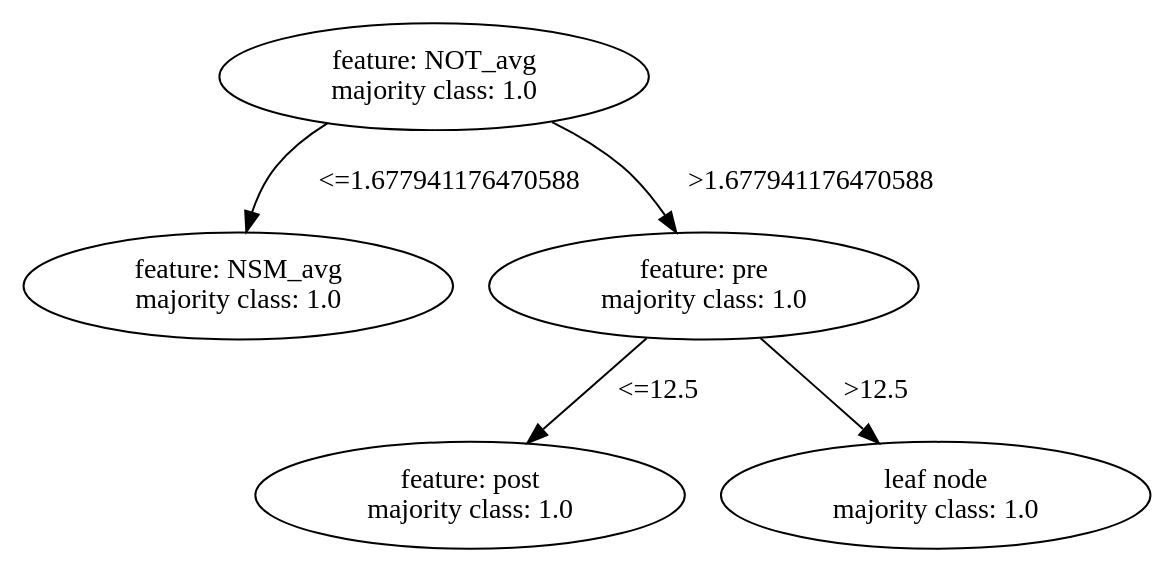
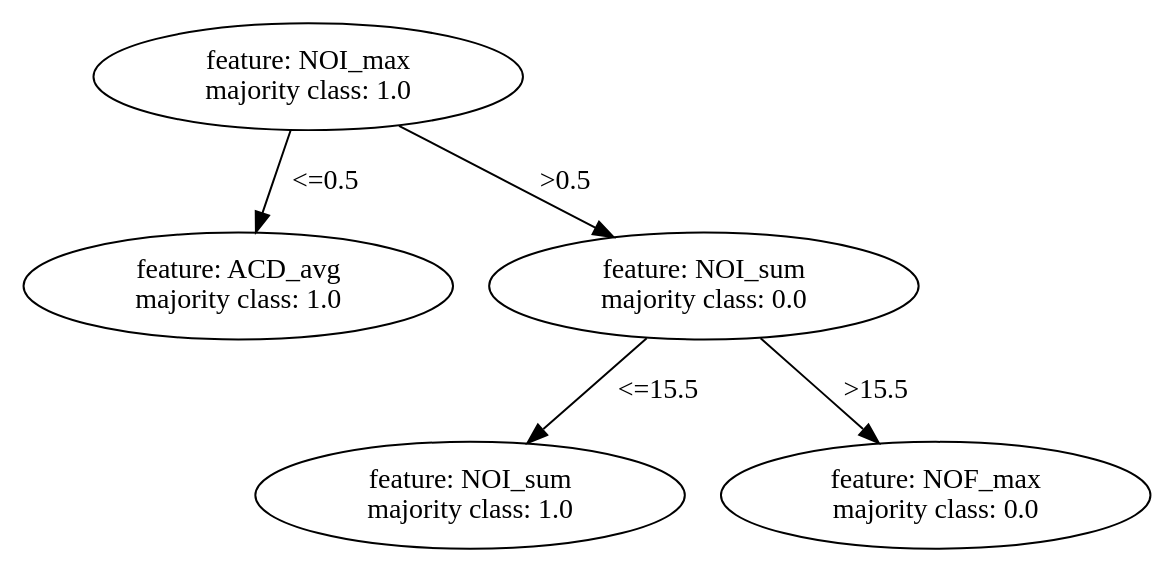
The diagram in doctest-output/Digraph.gv (ThierryOrth/data_mining_assignment_1), drawn with Graphviz before and after one commit. The commit also changed 8 other files, not shown here.

```diff
--- a/doctest-output/Digraph.gv
+++ b/doctest-output/Digraph.gv
@@ -1,17 +1,17 @@
 // first two splits classification tree
 digraph {
-	A [label="feature: NOT_avg 
+	A [label="feature: NOI_max 
  majority class: 1.0"]
-	B [label="feature: NSM_avg 
+	B [label="feature: ACD_avg 
  majority class: 1.0"]
-	C [label="feature: pre 
+	C [label="feature: NOI_sum 
+ majority class: 0.0"]
+	D [label="feature: NOI_sum 
  majority class: 1.0"]
-	D [label="feature: post 
- majority class: 1.0"]
-	E [label="leaf node 
- majority class: 1.0"]
-	A -> B [label="<=1.677941176470588" len=1.00]
-	A -> C [label=">1.677941176470588" len=1.00]
-	C -> D [label="<=12.5" len=1.00]
-	C -> E [label=">12.5" len=1.00]
+	E [label="feature: NOF_max 
+ majority class: 0.0"]
+	A -> B [label="<=0.5" len=1.00]
+	A -> C [label=">0.5" len=1.00]
+	C -> D [label="<=15.5" len=1.00]
+	C -> E [label=">15.5" len=1.00]
 }
```
